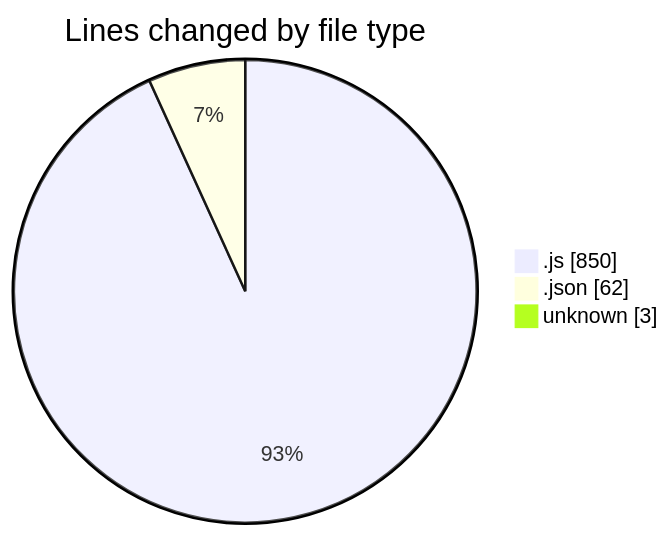
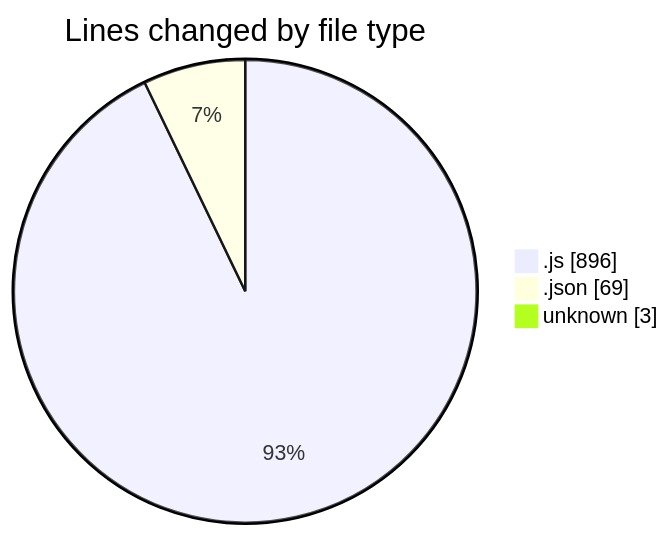
Before and after one commit to Ritupan-Deka/code-tracking: the first of 2 diagrams in 2025-07-02/mern-thinkboard/README.md, drawn with Mermaid. The commit also changed other lines of this file and 1 other file, not shown here.

````diff
--- a/2025-07-02/mern-thinkboard/README.md
+++ b/2025-07-02/mern-thinkboard/README.md
@@ -31,7 +32,7 @@
 ```mermaid
 pie showData
 title Lines changed by file type
-".js" : 850
-".json" : 62
+".js" : 896
+".json" : 69
 "unknown" : 3
 ```
````
